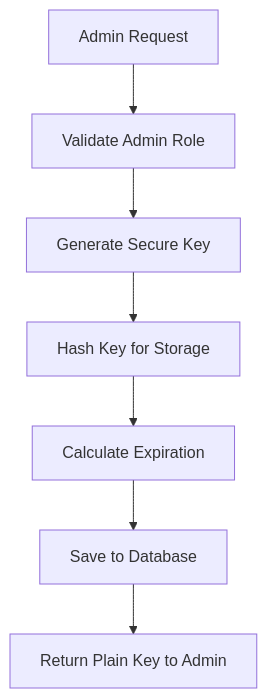
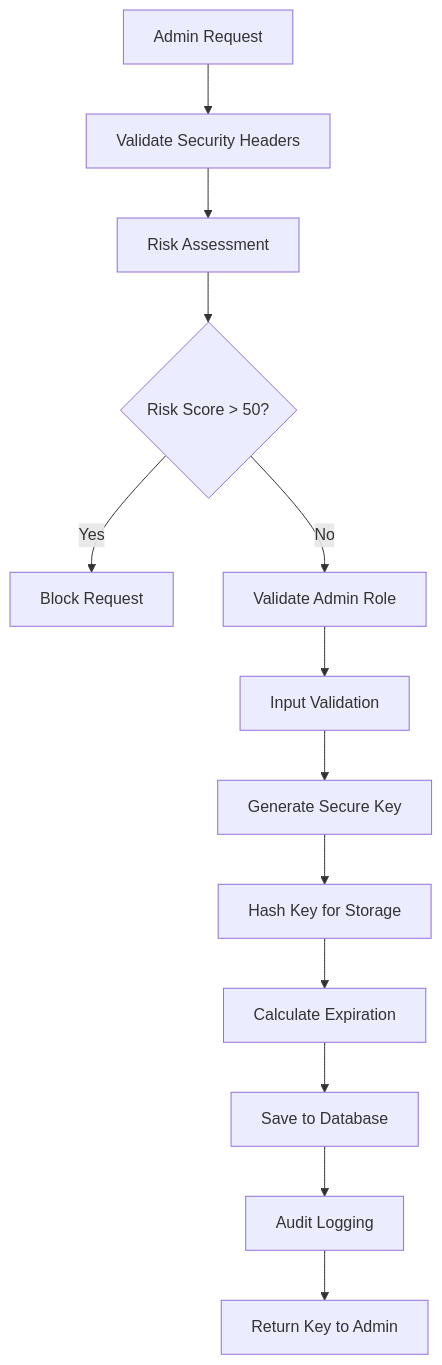
One commit to Rileyj53/SkyTrack-Backend changed the first of 2 diagrams in Docs/api_keys_documentation.md. Above: the diagram before and after it, drawn with Mermaid. The commit also changed other lines of this file and 35 other files, not shown here.

````diff
--- a/Docs/api_keys_documentation.md
+++ b/Docs/api_keys_documentation.md
@@ -343,9 +526,15 @@
 ```mermaid
 graph TD
-    A[Admin Request] --> B[Validate Admin Role]
-    B --> C[Generate Secure Key]
-    C --> D[Hash Key for Storage]
-    D --> E[Calculate Expiration]
-    E --> F[Save to Database]
-    F --> G[Return Plain Key to Admin]
+    A[Admin Request] --> B[Validate Security Headers]
+    B --> C[Risk Assessment]
+    C --> D{Risk Score > 50?}
+    D -->|Yes| E[Block Request]
+    D -->|No| F[Validate Admin Role]
+    F --> G[Input Validation]
+    G --> H[Generate Secure Key]
+    H --> I[Hash Key for Storage]
+    I --> J[Calculate Expiration]
+    J --> K[Save to Database]
+    K --> L[Audit Logging]
+    L --> M[Return Key to Admin]
 ```
````
